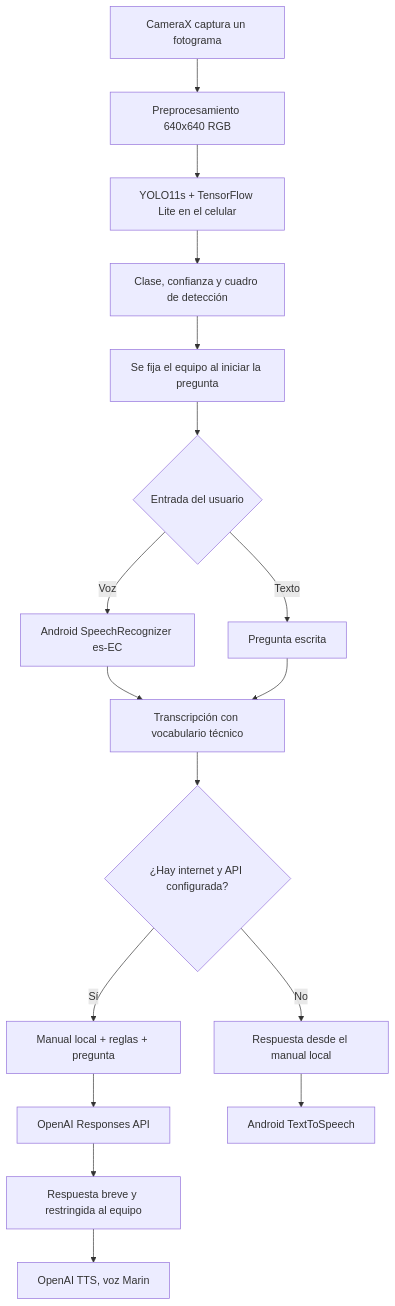
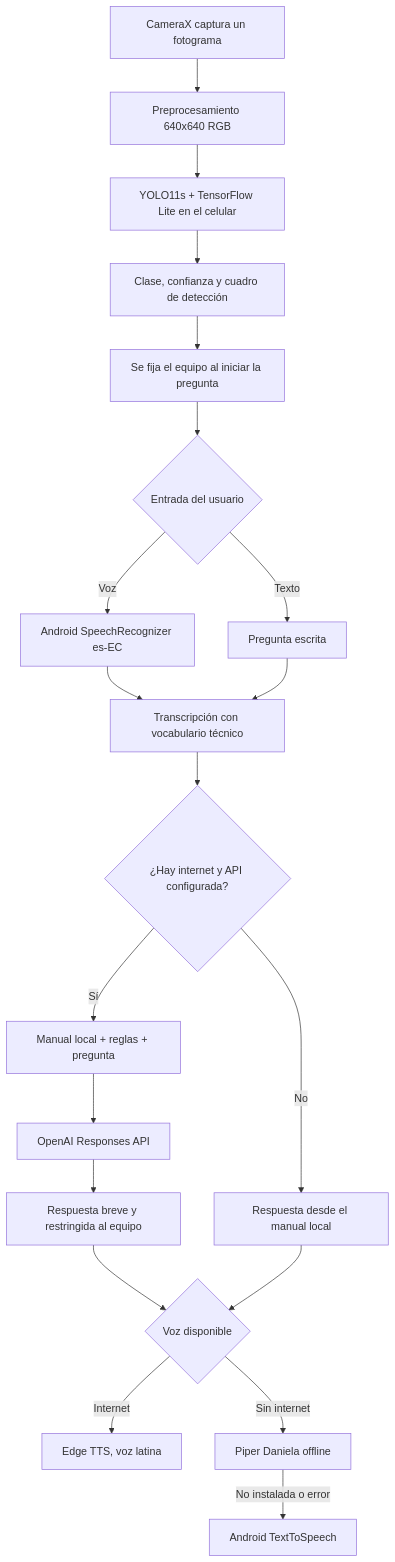
Before and after one commit to aldairHub/LabDetect: the diagram in README.md, drawn with Mermaid. The commit also changed other lines of this file and 11 other files, not shown here.

Commit message:
Agrega motores de voz EdgeTTS y Piper, avisos de terceros y limpieza de modelo ONNX

````diff
--- a/README.md
+++ b/README.md
@@ -94,19 +95,22 @@
 ```mermaid
 flowchart TD
     A[CameraX captura un fotograma] --> B[Preprocesamiento 640x640 RGB]
     B --> C[YOLO11s + TensorFlow Lite en el celular]
     C --> D[Clase, confianza y cuadro de detección]
     D --> E[Se fija el equipo al iniciar la pregunta]
     E --> F{Entrada del usuario}
     F -->|Voz| G[Android SpeechRecognizer es-EC]
     F -->|Texto| H[Pregunta escrita]
     G --> I[Transcripción con vocabulario técnico]
     H --> I
     I --> J{¿Hay internet y API configurada?}
     J -->|Sí| K[Manual local + reglas + pregunta]
     K --> L[OpenAI Responses API]
     L --> M[Respuesta breve y restringida al equipo]
-    M --> N[OpenAI TTS, voz Marin]
+    M --> N{Voz disponible}
+    N -->|Internet| Q[Edge TTS, voz latina]
+    N -->|Sin internet| R[Piper Daniela offline]
+    R -->|No instalada o error| S[Android TextToSpeech]
     J -->|No| O[Respuesta desde el manual local]
-    O --> P[Android TextToSpeech]
+    O --> N
 ```
````
